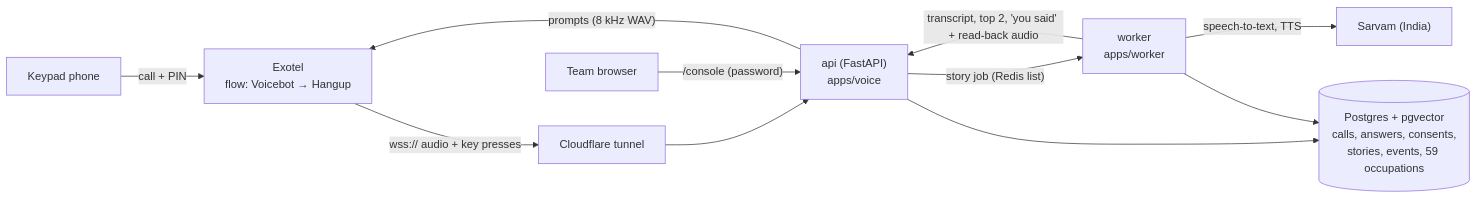
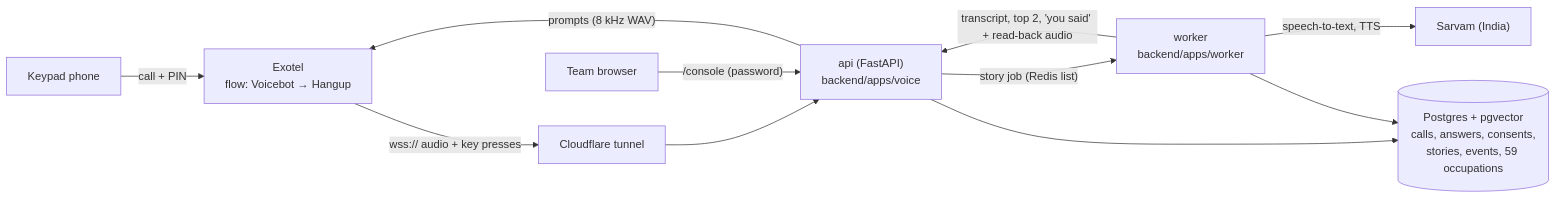
One commit to sakshamagrawalcode-cpu/hunarvaani changed the first of 2 diagrams in docs/HANDOFF.md. Above: the diagram before and after it, drawn with Mermaid. The commit also changed other lines of this file and 95 other files, not shown here.

````diff
--- a/docs/HANDOFF.md
+++ b/docs/HANDOFF.md
@@ -65,13 +66,13 @@
 ```mermaid
 flowchart LR
     Phone["Keypad phone"] -- "call + PIN" --> Exotel["Exotel<br/>flow: Voicebot → Hangup"]
     Exotel -- "wss:// audio + key presses" --> Tunnel["Cloudflare tunnel"]
-    Tunnel --> API["api (FastAPI)<br/>apps/voice"]
+    Tunnel --> API["api (FastAPI)<br/>backend/apps/voice"]
     API -- "prompts (8 kHz WAV)" --> Exotel
-    API -- "story job (Redis list)" --> Worker["worker<br/>apps/worker"]
+    API -- "story job (Redis list)" --> Worker["worker<br/>backend/apps/worker"]
     Worker -- "speech-to-text, TTS" --> Sarvam["Sarvam (India)"]
     Worker -- "transcript, top 2, 'you said' + read-back audio" --> API
     API --> DB[("Postgres + pgvector<br/>calls, answers, consents,<br/>stories, events, 59 occupations")]
     Worker --> DB
     Team["Team browser"] -- "/console (password)" --> API
 ```
````
